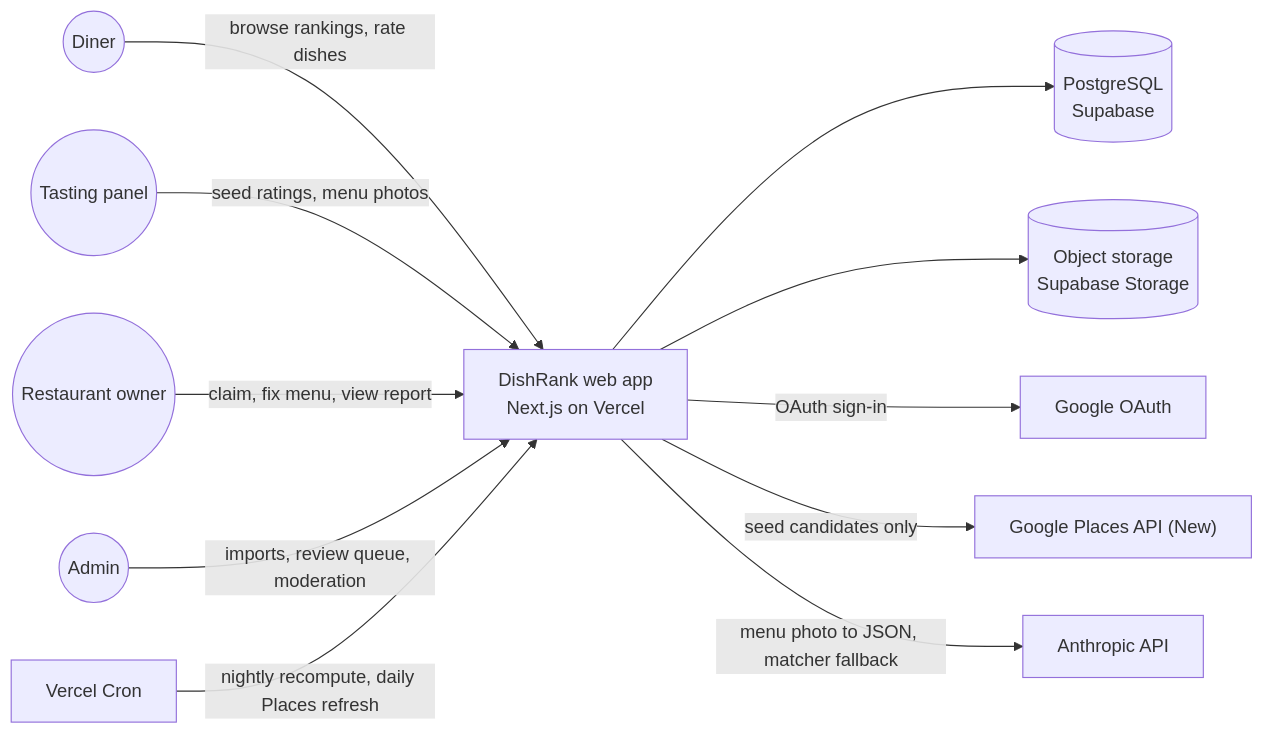
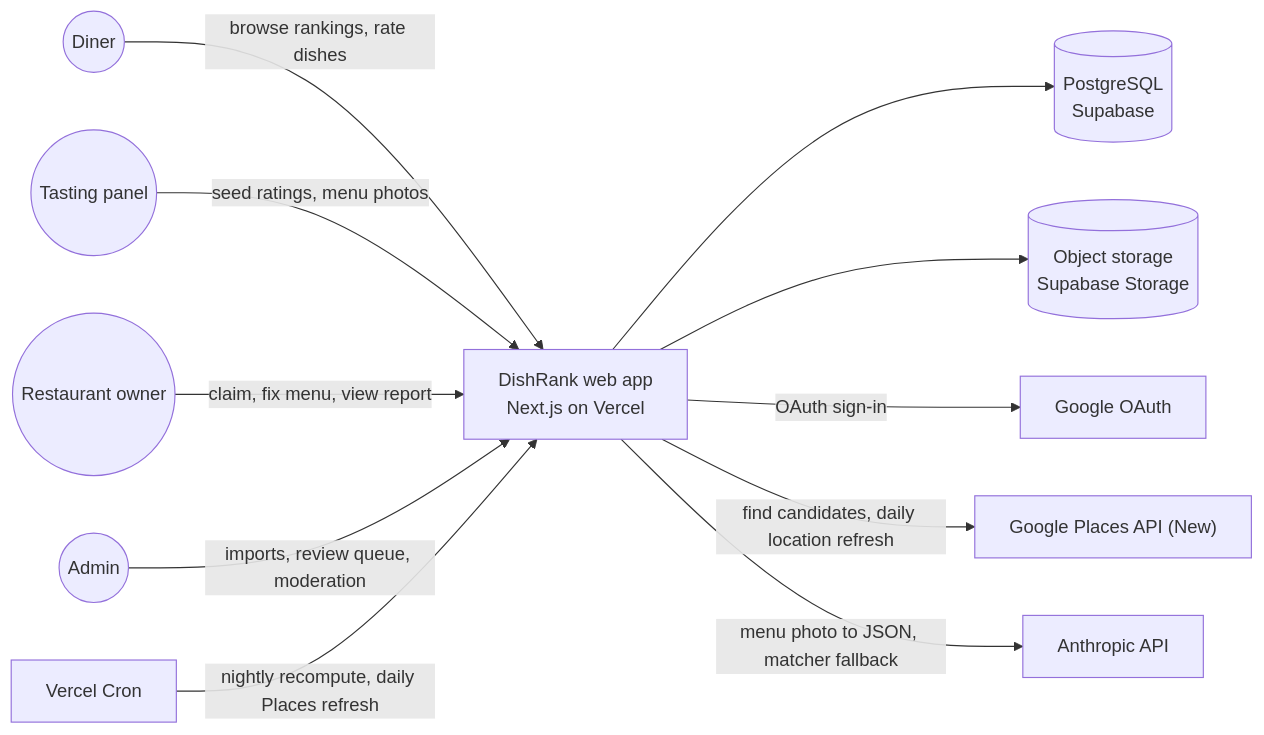
One commit to JawadSarfraz/dishrank changed the diagram in docs/diagrams/system-context.mmd. Above: the diagram before and after it, drawn with Mermaid. The commit also changed 12 other files, not shown here.

```diff
--- a/docs/diagrams/system-context.mmd
+++ b/docs/diagrams/system-context.mmd
@@ -1,11 +1,11 @@
 flowchart LR
   Diner((Diner)) -->|browse rankings, rate dishes| App["DishRank web app<br/>Next.js on Vercel"]
   Panel((Tasting panel)) -->|seed ratings, menu photos| App
   Owner((Restaurant owner)) -->|claim, fix menu, view report| App
   Admin((Admin)) -->|imports, review queue, moderation| App
   App --> DB[("PostgreSQL<br/>Supabase")]
   App --> Store[("Object storage<br/>Supabase Storage")]
   App -->|OAuth sign-in| GAuth["Google OAuth"]
-  App -->|seed candidates only| Places["Google Places API (New)"]
+  App -->|find candidates, daily location refresh| Places["Google Places API (New)"]
   App -->|menu photo to JSON, matcher fallback| LLM["Anthropic API"]
   Cron["Vercel Cron"] -->|nightly recompute, daily Places refresh| App
```
